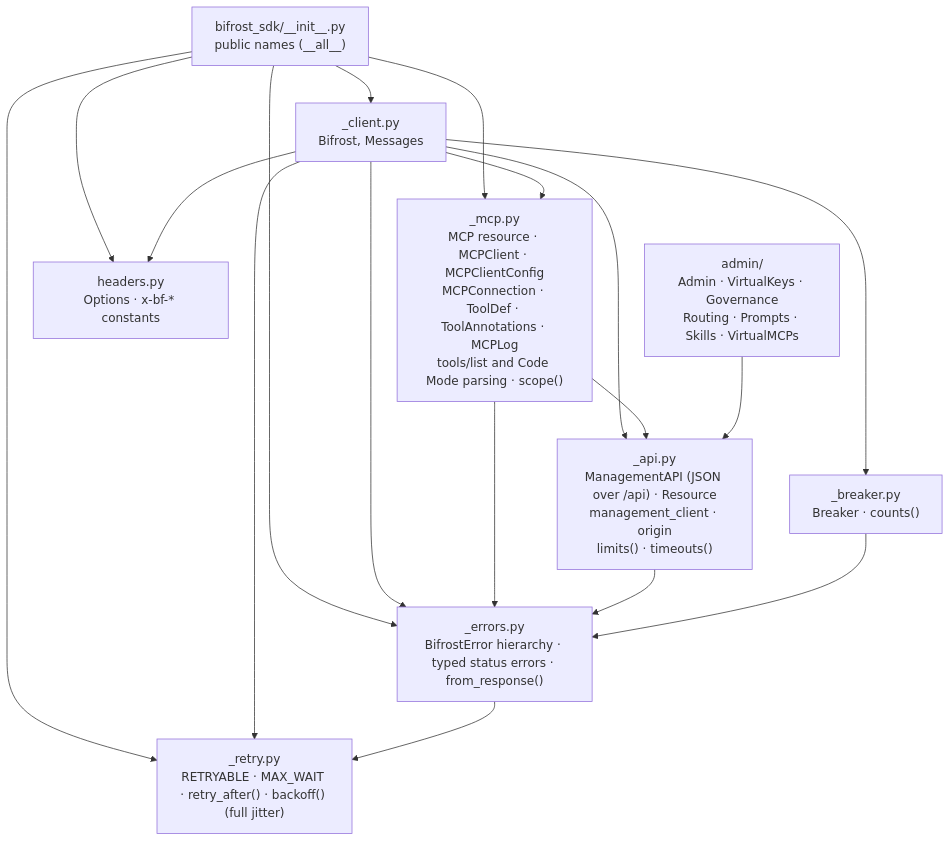
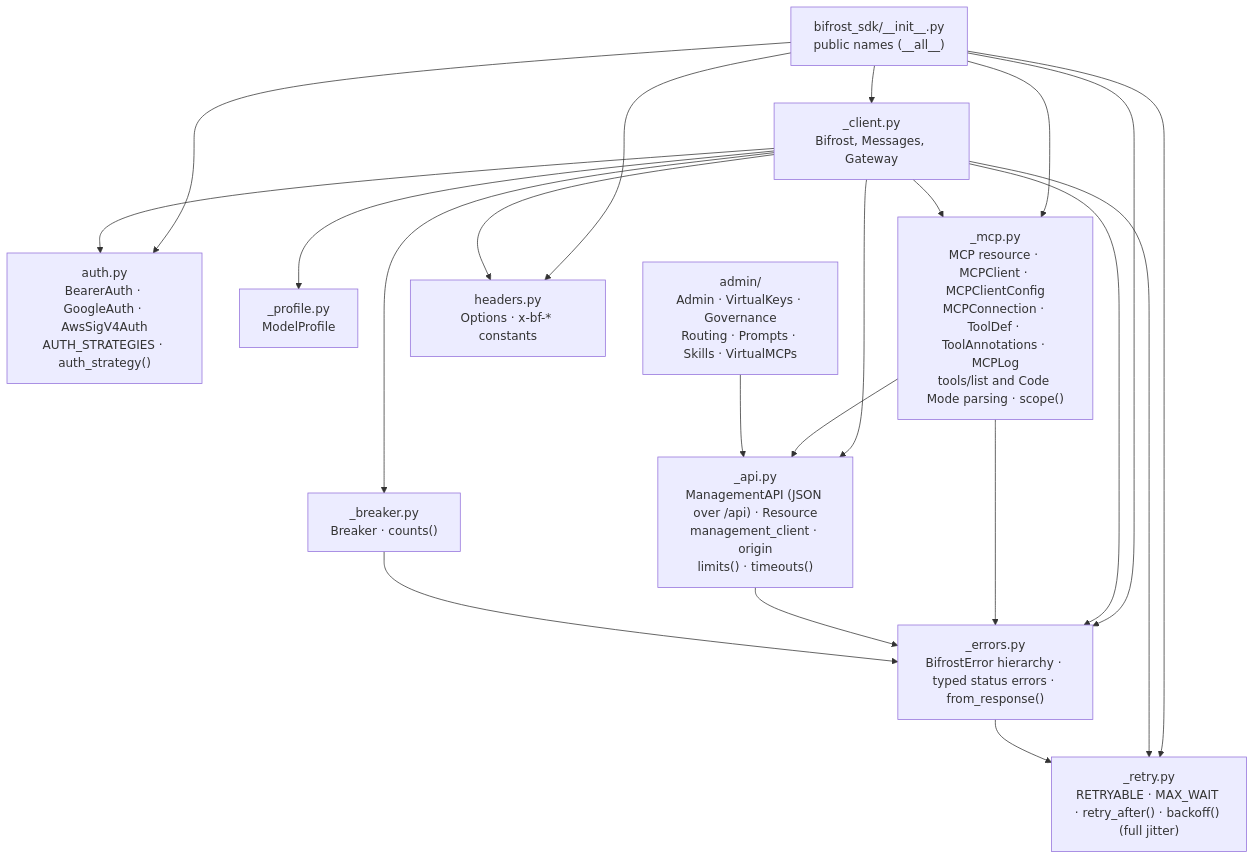
The second of 11 diagrams in docs/ARCHITECTURE.md (amitmohapatra/bifrost-sdk), drawn with Mermaid before and after one commit. The commit also changed other lines of this file and 35 other files, not shown here.

First line of the commit message:
OpenAI-compatible client with Bifrost extras (0.4.0)

````diff
--- a/docs/ARCHITECTURE.md
+++ b/docs/ARCHITECTURE.md
@@ -93,30 +98,35 @@
 ```mermaid
 flowchart TB
     init["bifrost_sdk/__init__.py<br/>public names (__all__)"]
-    client["_client.py<br/>Bifrost, Messages"]
+    client["_client.py<br/>Bifrost, Messages, Gateway"]
+    auth["auth.py<br/>BearerAuth · GoogleAuth · AwsSigV4Auth<br/>AUTH_STRATEGIES · auth_strategy()"]
+    profile["_profile.py<br/>ModelProfile"]
     mcp["_mcp.py<br/>MCP resource · MCPClient · MCPClientConfig<br/>MCPConnection · ToolDef · ToolAnnotations · MCPLog<br/>tools/list and Code Mode parsing · scope()"]
     headers["headers.py<br/>Options · x-bf-* constants"]
     api["_api.py<br/>ManagementAPI (JSON over /api) · Resource<br/>management_client · origin<br/>limits() · timeouts()"]
     retry["_retry.py<br/>RETRYABLE · MAX_WAIT · retry_after() · backoff() (full jitter)"]
     errors["_errors.py<br/>BifrostError hierarchy · typed status errors · from_response()"]
     breaker["_breaker.py<br/>Breaker · counts()"]
     adminpkg["admin/<br/>Admin · VirtualKeys · Governance<br/>Routing · Prompts · Skills · VirtualMCPs"]
 
     init --> client
     init --> mcp
     init --> headers
     init --> errors
     init --> retry
+    init --> auth
     client --> mcp
+    client --> auth
+    client --> profile
     client --> headers
     client --> api
     client --> breaker
     client --> retry
     client --> errors
     mcp --> api
     mcp --> errors
     adminpkg --> api
     api --> errors
     breaker --> errors
     errors --> retry
 ```
````
